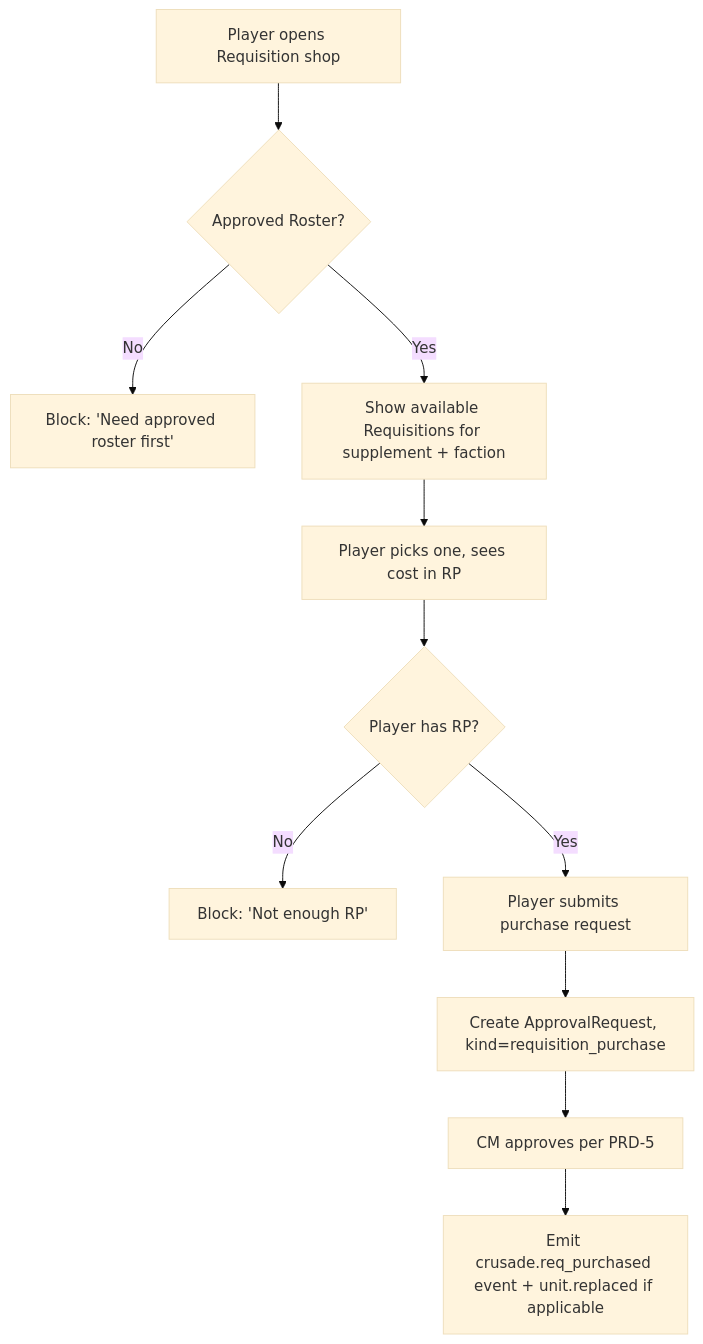
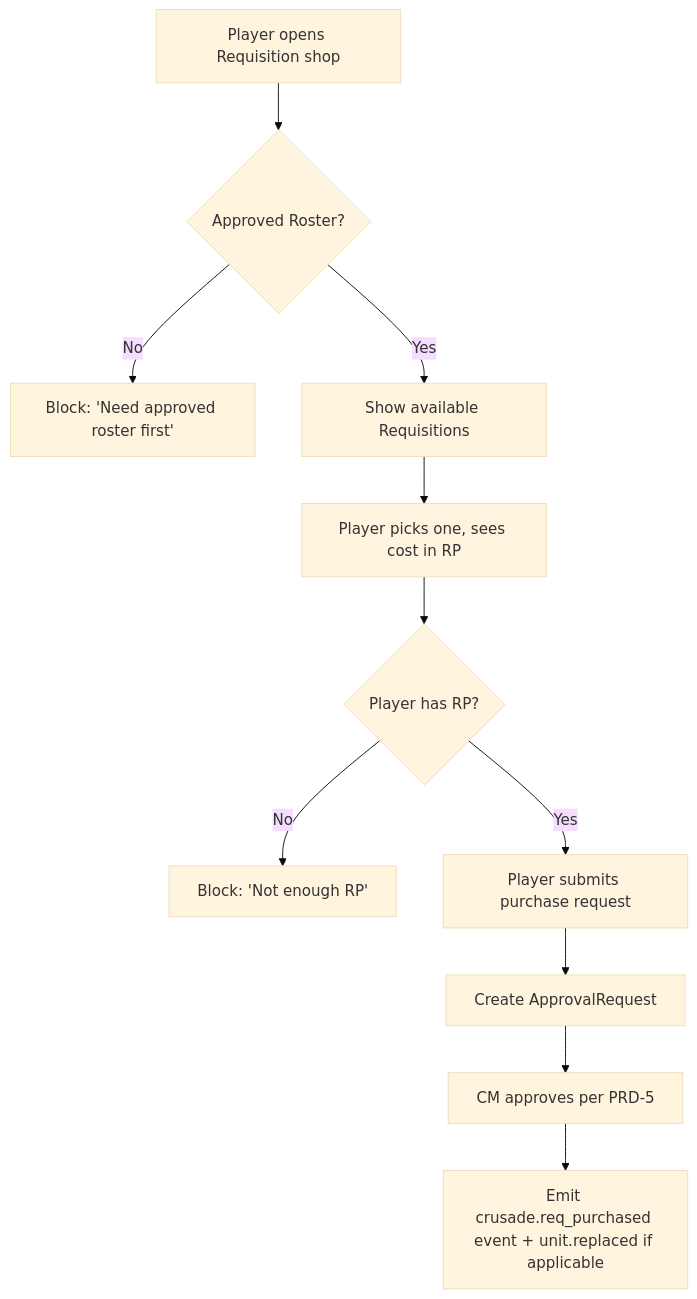
One commit to kaykayyali/crusade-master-prds changed the second of 3 diagrams in prd-4-events-deltas.md. Above: the diagram before and after it, drawn with Mermaid (base theme). The commit also changed other lines of this file and 12 other files, not shown here.

````diff
--- a/prd-4-events-deltas.md
+++ b/prd-4-events-deltas.md
@@ -185,13 +182,13 @@
 ```mermaid
 flowchart TD
     A[Player opens Requisition shop] --> B{Approved Roster?}
     B -->|No| C[Block: 'Need approved roster first']
-    B -->|Yes| D[Show available Requisitions for supplement + faction]
+    B -->|Yes| D[Show available Requisitions]
     D --> E[Player picks one, sees cost in RP]
     E --> F{Player has RP?}
     F -->|No| G[Block: 'Not enough RP']
     F -->|Yes| H[Player submits purchase request]
-    H --> I[Create ApprovalRequest, kind=requisition_purchase]
+    H --> I[Create ApprovalRequest]
     I --> J[CM approves per PRD-5]
     J --> K[Emit crusade.req_purchased event + unit.replaced if applicable]
 ```
````
